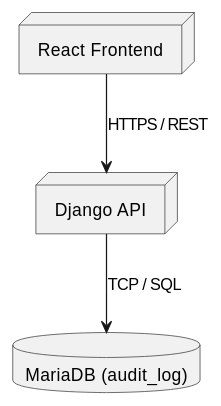
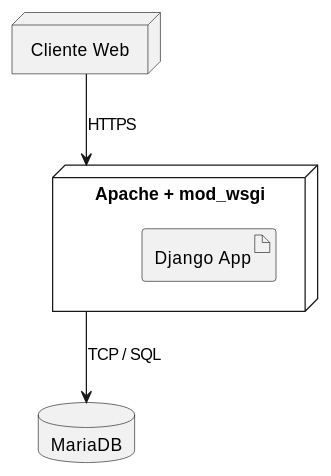
The diagram in source/arquitectura-tecnica/DeployView/aud-01.rst (jcg-admin/IACT-docs), drawn with PlantUML before and after one commit. The commit also changed 243 other files, not shown here.

First line of the commit message:
Add missing diagrams and fix participant names across Kruchten views

```diff
--- a/source/arquitectura-tecnica/DeployView/aud-01.rst
+++ b/source/arquitectura-tecnica/DeployView/aud-01.rst
@@ -21,13 +21,15 @@
 .. uml::
- :caption: UC_AUD_01 — Deployment View
+ :caption: UC_AUD_01 — Consultar Auditoria General — Deployment View
 
  @startuml
 
- node "React Frontend" as NodoFront
- node "Django API" as NodoAPI
- database "MariaDB (audit_log)" as NodoBD
+ node "Cliente Web" as Client
+ node "Apache + mod_wsgi" as WebServer {
+   artifact "Django App" as App
+ }
+ database "MariaDB" as DB
 
- NodoFront --> NodoAPI : HTTPS / REST
- NodoAPI --> NodoBD : TCP / SQL
+ Client --> WebServer : HTTPS
+ WebServer --> DB : TCP / SQL
 
  @enduml
```
